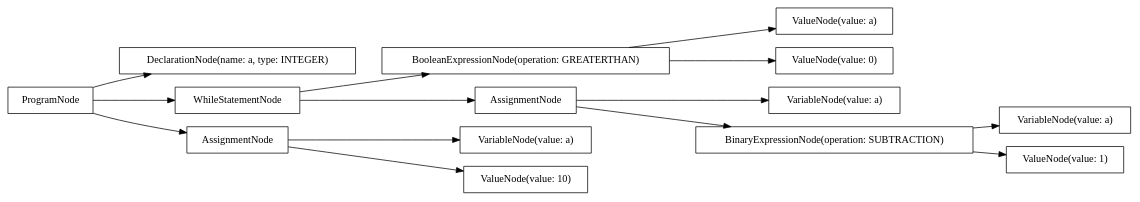
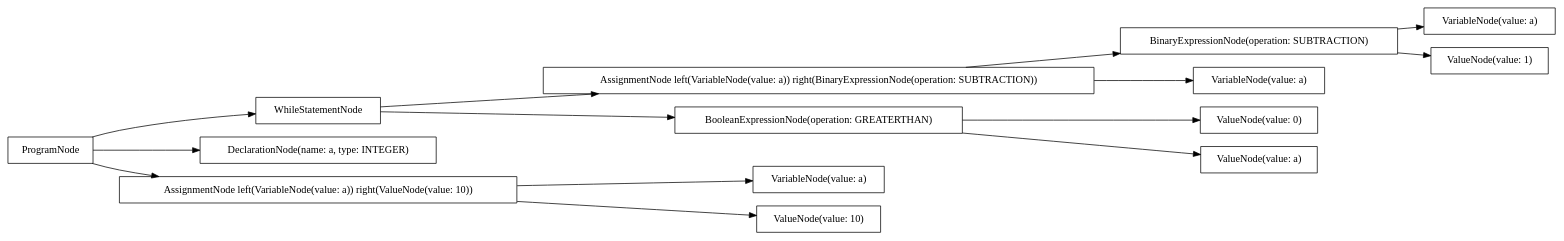
One commit to AtLeastITry/ANTLR-Python-Compiler changed the diagram in src/output/dot/example-while.dot. Above: the diagram before and after it, drawn with Graphviz. The commit also changed 28 other files, not shown here.

```diff
--- a/src/output/dot/example-while.dot
+++ b/src/output/dot/example-while.dot
@@ -1,30 +1,30 @@
 digraph G {
 rankdir=LR
-"32255552-3cbe-4170-8fa5-35868c11bd49" [label="DeclarationNode(name: a, type: INTEGER)" shape="box"];
-"eaaaabdd-9fcf-435d-8e2a-7732fe46af91" [label="VariableNode(value: a)" shape="box"];
-"e5104487-13b3-4b28-ac50-2512885113b4" [label="VariableNode(value: a)" shape="box"];
-"d550f2a3-72a0-430d-9f33-56bac0050a5d" [label="VariableNode(value: a)" shape="box"];
-"6b775fb2-e8b8-47b7-8661-f6afe0ce7425" [label="ValueNode(value: a)" shape="box"];
-"eb041c1a-6c3a-43df-9a0f-7c7576754145" [label="ValueNode(value: 10)" shape="box"];
-"34f3e22e-ff2c-4fdb-9e76-8a0b1dcfaa4c" [label="ValueNode(value: 0)" shape="box"];
-"4f03f7f7-c36a-4d96-9046-51fc6a09f42e" [label="BooleanExpressionNode(operation: GREATERTHAN)" shape="box"];
-"ff831003-58ae-4427-af63-0759d730edd6" [label="AssignmentNode" shape="box"];
-"0de367d9-cb3a-4016-9bda-e345cefabb06" [label="BinaryExpressionNode(operation: SUBTRACTION)" shape="box"];
-"d6723b4f-f91f-4ea6-8272-fca7d2c9d7ce" [label="WhileStatementNode" shape="box"];
-"74961fff-dc2a-4569-83ec-3052ea0b6e27" [label="ValueNode(value: 1)" shape="box"];
-"f9fb89c1-6915-4b94-9f3b-3bce78a23a75" [label="AssignmentNode" shape="box"];
-"ebe9dc59-fee8-4475-87fc-d2ebc1b2a014" [label="ProgramNode" shape="box"];
-"ebe9dc59-fee8-4475-87fc-d2ebc1b2a014" -> "32255552-3cbe-4170-8fa5-35868c11bd49";
-"ebe9dc59-fee8-4475-87fc-d2ebc1b2a014" -> "f9fb89c1-6915-4b94-9f3b-3bce78a23a75";
-"f9fb89c1-6915-4b94-9f3b-3bce78a23a75" -> "d550f2a3-72a0-430d-9f33-56bac0050a5d";
-"f9fb89c1-6915-4b94-9f3b-3bce78a23a75" -> "eb041c1a-6c3a-43df-9a0f-7c7576754145";
-"ebe9dc59-fee8-4475-87fc-d2ebc1b2a014" -> "d6723b4f-f91f-4ea6-8272-fca7d2c9d7ce";
-"d6723b4f-f91f-4ea6-8272-fca7d2c9d7ce" -> "4f03f7f7-c36a-4d96-9046-51fc6a09f42e";
-"4f03f7f7-c36a-4d96-9046-51fc6a09f42e" -> "6b775fb2-e8b8-47b7-8661-f6afe0ce7425";
-"4f03f7f7-c36a-4d96-9046-51fc6a09f42e" -> "34f3e22e-ff2c-4fdb-9e76-8a0b1dcfaa4c";
-"d6723b4f-f91f-4ea6-8272-fca7d2c9d7ce" -> "ff831003-58ae-4427-af63-0759d730edd6";
-"ff831003-58ae-4427-af63-0759d730edd6" -> "e5104487-13b3-4b28-ac50-2512885113b4";
-"ff831003-58ae-4427-af63-0759d730edd6" -> "0de367d9-cb3a-4016-9bda-e345cefabb06";
-"0de367d9-cb3a-4016-9bda-e345cefabb06" -> "eaaaabdd-9fcf-435d-8e2a-7732fe46af91";
-"0de367d9-cb3a-4016-9bda-e345cefabb06" -> "74961fff-dc2a-4569-83ec-3052ea0b6e27";
+"5b4fd16b-1003-41c8-bea7-646a09eb06c9" [label="VariableNode(value: a)" shape="box"];
+"9a8d6846-1cb8-492b-953e-4d6d63980b12" [label="WhileStatementNode" shape="box"];
+"a60489c8-9e11-4e0b-9aae-fbb855527736" [label="AssignmentNode left(VariableNode(value: a)) right(BinaryExpressionNode(operation: SUBTRACTION))" shape="box"];
+"60f911ac-7e5f-4806-9486-eeb727443a7e" [label="BooleanExpressionNode(operation: GREATERTHAN)" shape="box"];
+"cf47bc12-8db5-49bc-afb2-dbeb5c13675c" [label="DeclarationNode(name: a, type: INTEGER)" shape="box"];
+"4a9a0adc-b8ad-4e00-b426-f2cd701ef174" [label="ValueNode(value: 0)" shape="box"];
+"50637bbb-e471-4da0-baee-cd15d8b2352d" [label="AssignmentNode left(VariableNode(value: a)) right(ValueNode(value: 10))" shape="box"];
+"23ded35e-81d2-438d-9f84-a35cf45dbfeb" [label="ProgramNode" shape="box"];
+"e52dccbc-1e58-43aa-b7cc-1c2ddba40534" [label="VariableNode(value: a)" shape="box"];
+"582bd4f9-8265-4976-9335-0524337163f4" [label="ValueNode(value: 10)" shape="box"];
+"99cf3405-315d-4511-918a-e737f64d3d23" [label="BinaryExpressionNode(operation: SUBTRACTION)" shape="box"];
+"8e8d7ff3-c535-43e1-8b32-b1a8b904bee2" [label="VariableNode(value: a)" shape="box"];
+"ce495e59-fe40-4779-a056-9550594536dd" [label="ValueNode(value: 1)" shape="box"];
+"7f97a017-2254-453e-8f2f-6dc59b1c3e25" [label="ValueNode(value: a)" shape="box"];
+"23ded35e-81d2-438d-9f84-a35cf45dbfeb" -> "cf47bc12-8db5-49bc-afb2-dbeb5c13675c";
+"23ded35e-81d2-438d-9f84-a35cf45dbfeb" -> "50637bbb-e471-4da0-baee-cd15d8b2352d";
+"50637bbb-e471-4da0-baee-cd15d8b2352d" -> "5b4fd16b-1003-41c8-bea7-646a09eb06c9";
+"50637bbb-e471-4da0-baee-cd15d8b2352d" -> "582bd4f9-8265-4976-9335-0524337163f4";
+"23ded35e-81d2-438d-9f84-a35cf45dbfeb" -> "9a8d6846-1cb8-492b-953e-4d6d63980b12";
+"9a8d6846-1cb8-492b-953e-4d6d63980b12" -> "60f911ac-7e5f-4806-9486-eeb727443a7e";
+"60f911ac-7e5f-4806-9486-eeb727443a7e" -> "7f97a017-2254-453e-8f2f-6dc59b1c3e25";
+"60f911ac-7e5f-4806-9486-eeb727443a7e" -> "4a9a0adc-b8ad-4e00-b426-f2cd701ef174";
+"9a8d6846-1cb8-492b-953e-4d6d63980b12" -> "a60489c8-9e11-4e0b-9aae-fbb855527736";
+"a60489c8-9e11-4e0b-9aae-fbb855527736" -> "8e8d7ff3-c535-43e1-8b32-b1a8b904bee2";
+"a60489c8-9e11-4e0b-9aae-fbb855527736" -> "99cf3405-315d-4511-918a-e737f64d3d23";
+"99cf3405-315d-4511-918a-e737f64d3d23" -> "e52dccbc-1e58-43aa-b7cc-1c2ddba40534";
+"99cf3405-315d-4511-918a-e737f64d3d23" -> "ce495e59-fe40-4779-a056-9550594536dd";
 }
```
